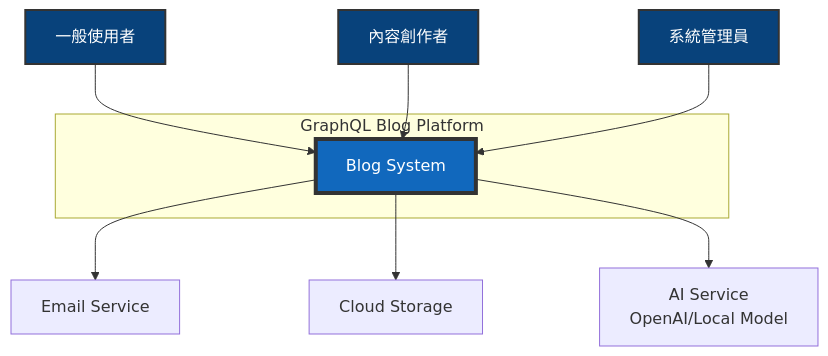
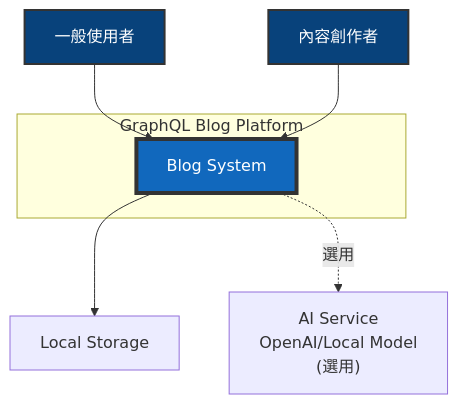
One commit to twtrubiks/graphql-python-blog changed the first of 7 diagrams in docs/architecture.md. Above: the diagram before and after it, drawn with Mermaid. The commit also changed other lines of this file and 7 other files, not shown here.

First line of the commit message:
初始化 GraphQL Python Blog 專案架構

````diff
--- a/docs/architecture.md
+++ b/docs/architecture.md
@@ -44,27 +46,22 @@
 ```mermaid
 graph TB
     subgraph "GraphQL Blog Platform"
         System[Blog System]
     end
 
     User[一般使用者]
     Author[內容創作者]
-    Admin[系統管理員]
 
-    Email[Email Service]
-    Storage[Cloud Storage]
-    AI[AI Service<br/>OpenAI/Local Model]
+    Storage[Local Storage]
+      AI["AI Service<br/>OpenAI/Local Model<br/>(選用)"]
 
     User --> System
     Author --> System
-    Admin --> System
 
-    System --> Email
     System --> Storage
-    System --> AI
+    System -.->|選用| AI
 
     style System fill:#1168bd,stroke:#333,stroke-width:4px,color:#fff
     style User fill:#08427b,stroke:#333,stroke-width:2px,color:#fff
     style Author fill:#08427b,stroke:#333,stroke-width:2px,color:#fff
-    style Admin fill:#08427b,stroke:#333,stroke-width:2px,color:#fff
 ```
````
